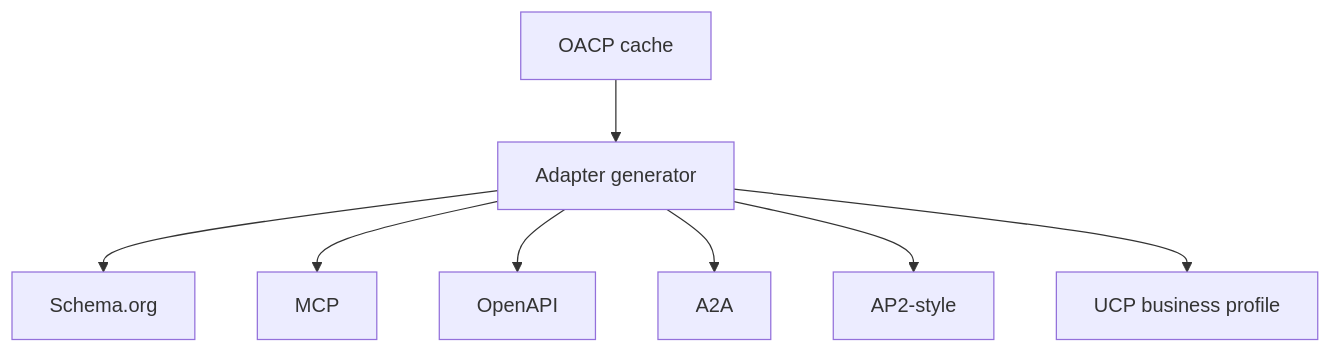
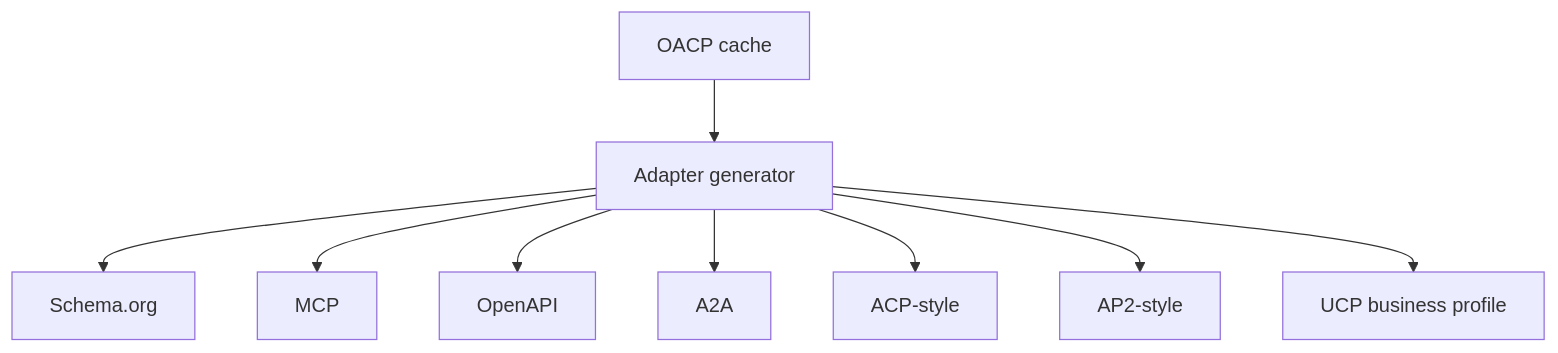
The diagram in docs/oacp/protocol-adapter-consumption-guide.md (mishrasanjeev/agentic-org), drawn with Mermaid before and after one commit. The commit also changed other lines of this file and 36 other files, not shown here.

````diff
--- a/docs/oacp/protocol-adapter-consumption-guide.md
+++ b/docs/oacp/protocol-adapter-consumption-guide.md
@@ -22,10 +25,11 @@
 ```mermaid
 flowchart TD
   cache[OACP cache] --> adapters[Adapter generator]
   adapters --> schema[Schema.org]
   adapters --> mcp[MCP]
   adapters --> openapi[OpenAPI]
   adapters --> a2a[A2A]
+  adapters --> acp[ACP-style]
   adapters --> ap2[AP2-style]
   adapters --> ucp[UCP business profile]
 ```
````
